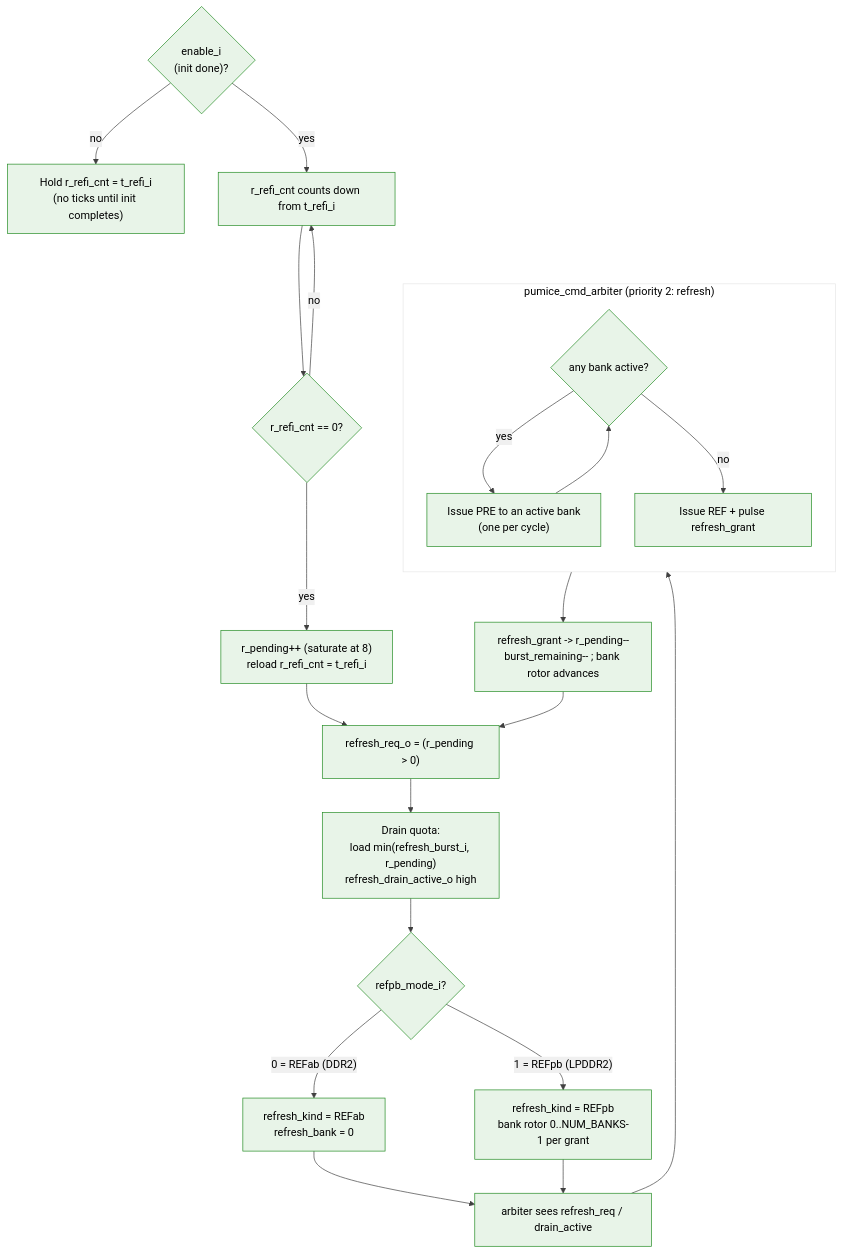
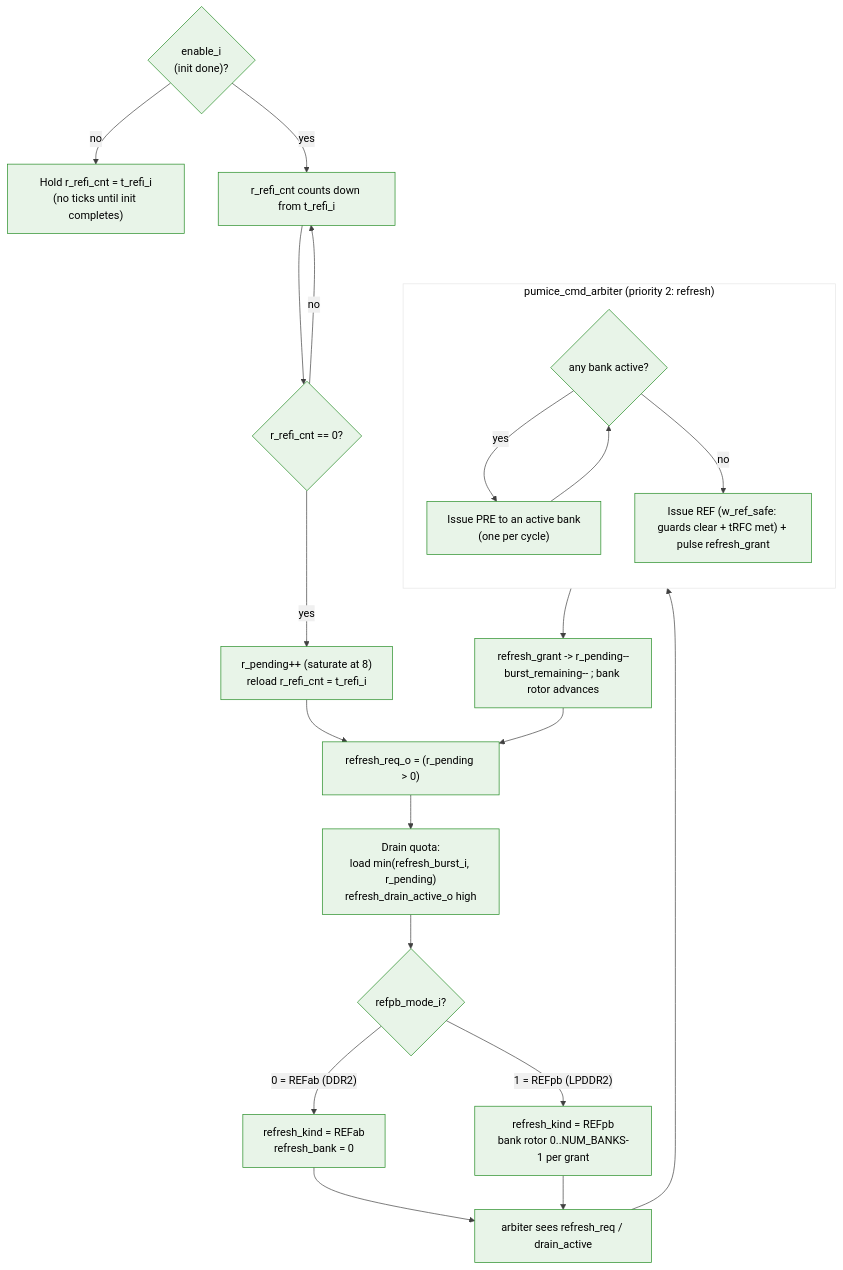
The diagram in projects/components/memory-controllers/pumice-ddr2-lpddr2/docs/pumice_has/assets/mermaid/06_refresh_decision.mmd (sean-galloway/RTLDesignSherpa), drawn with Mermaid before and after one commit. The commit also changed 121 other files, not shown here.

```diff
--- a/projects/components/memory-controllers/pumice-ddr2-lpddr2/docs/pumice_has/assets/mermaid/06_refresh_decision.mmd
+++ b/projects/components/memory-controllers/pumice-ddr2-lpddr2/docs/pumice_has/assets/mermaid/06_refresh_decision.mmd
@@ -1,33 +1,33 @@
 %%{init: {'theme': 'base', 'themeVariables': { 'primaryColor': '#e8f4e8', 'primaryTextColor': '#000', 'primaryBorderColor': '#228B22', 'lineColor': '#404040', 'secondaryColor': '#f0f0f0', 'tertiaryColor': '#fff'}}}%%
 flowchart TD
     %% refresh_ctrl (rtl/fub/refresh_ctrl.sv): tREFI countdown -> pending
     %% accumulator (max 8) -> drain quota. The arbiter does precharge-then-REF.
     en{"enable_i<br/>(init done)?"}
     en -->|no| hold["Hold r_refi_cnt = t_refi_i<br/>(no ticks until init completes)"]
     en -->|yes| tick["r_refi_cnt counts down from t_refi_i"]
 
     tick --> exp{r_refi_cnt == 0?}
     exp -->|no| tick
     exp -->|yes| accum["r_pending++ (saturate at 8)<br/>reload r_refi_cnt = t_refi_i"]
 
     accum --> req["refresh_req_o = (r_pending > 0)"]
     req --> drain["Drain quota:<br/>load min(refresh_burst_i, r_pending)<br/>refresh_drain_active_o high"]
 
     drain --> kind{refpb_mode_i?}
     kind -->|"0 = REFab (DDR2)"| refab["refresh_kind = REFab<br/>refresh_bank = 0"]
     kind -->|"1 = REFpb (LPDDR2)"| refpb["refresh_kind = REFpb<br/>bank rotor 0..NUM_BANKS-1 per grant"]
 
     refab --> arb
     refpb --> arb
 
     subgraph ARB["pumice_cmd_arbiter (priority 2: refresh)"]
         direction TB
         anyact{any bank active?}
         anyact -->|yes| pre["Issue PRE to an active bank<br/>(one per cycle)"]
-        anyact -->|no| ref["Issue REF + pulse refresh_grant"]
+        anyact -->|no| ref["Issue REF (w_ref_safe: guards clear + tRFC met) + pulse refresh_grant"]
         pre --> anyact
     end
 
     arb["arbiter sees refresh_req / drain_active"] --> ARB
     ref --> dec["refresh_grant -> r_pending--<br/>burst_remaining-- ; bank rotor advances"]
     dec --> req
```
